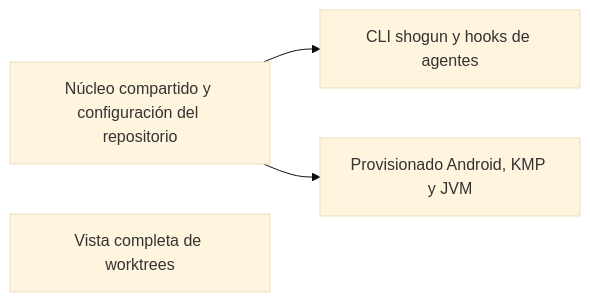
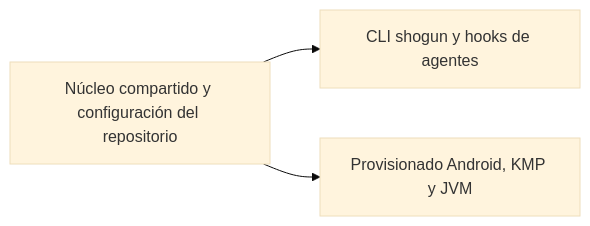
The diagram in docs/roadmap.es.md (LuxionServer/ShogunAi), drawn with Mermaid (base theme) before and after one commit. The commit also changed other lines of this file and 38 other files, not shown here.

````diff
--- a/docs/roadmap.es.md
+++ b/docs/roadmap.es.md
@@ -17,6 +17,5 @@
 ```mermaid
 graph LR
     A["Núcleo compartido y configuración del repositorio"] --> B["CLI shogun y hooks de agentes"]
     A --> D["Provisionado Android, KMP y JVM"]
-    E["Vista completa de worktrees"]
 ```
````
